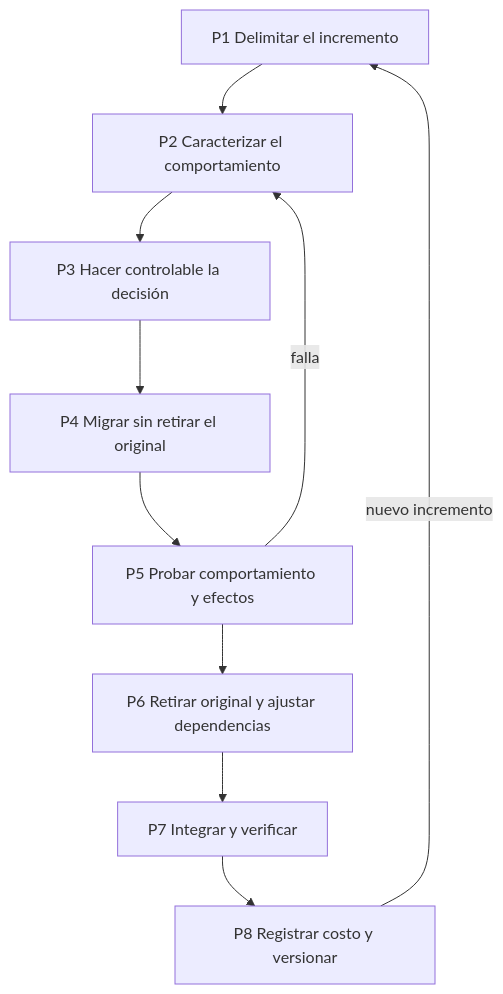
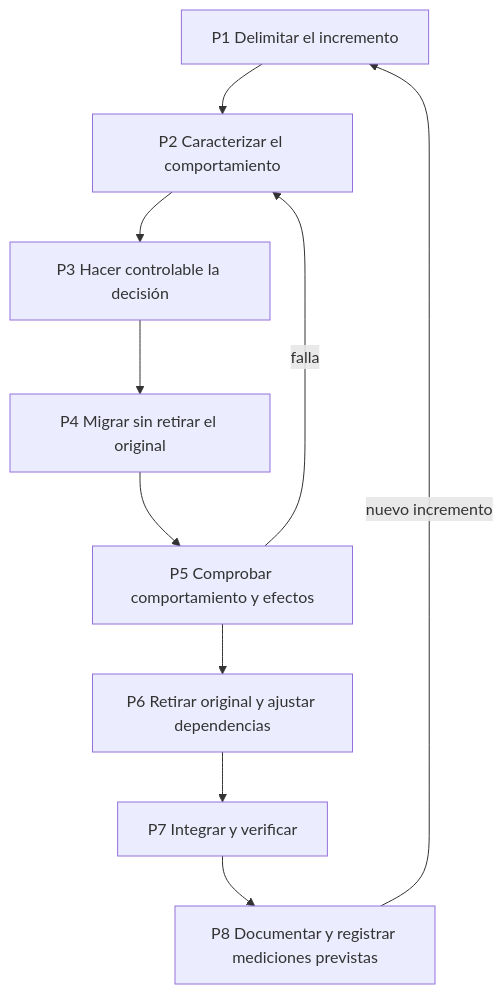
Before and after one commit to mariouriarte/kit-tesis-design-science: the first of 2 diagrams in tesis_ds/07c_diseno_artefacto.md, drawn with Mermaid. The commit also changed other lines of this file and 15 other files, not shown here.

````diff
--- a/tesis_ds/07c_diseno_artefacto.md
+++ b/tesis_ds/07c_diseno_artefacto.md
@@ -46,12 +50,12 @@
 ```mermaid
 flowchart TD
     P1[P1 Delimitar el incremento] --> P2[P2 Caracterizar el comportamiento]
     P2 --> P3[P3 Hacer controlable la decisión]
     P3 --> P4[P4 Migrar sin retirar el original]
-    P4 --> P5[P5 Probar comportamiento y efectos]
+    P4 --> P5[P5 Comprobar comportamiento y efectos]
     P5 -->|falla| P2
     P5 --> P6[P6 Retirar original y ajustar dependencias]
     P6 --> P7[P7 Integrar y verificar]
-    P7 --> P8[P8 Registrar costo y versionar]
+    P7 --> P8[P8 Documentar y registrar mediciones previstas]
     P8 -->|nuevo incremento| P1
 ```
````
